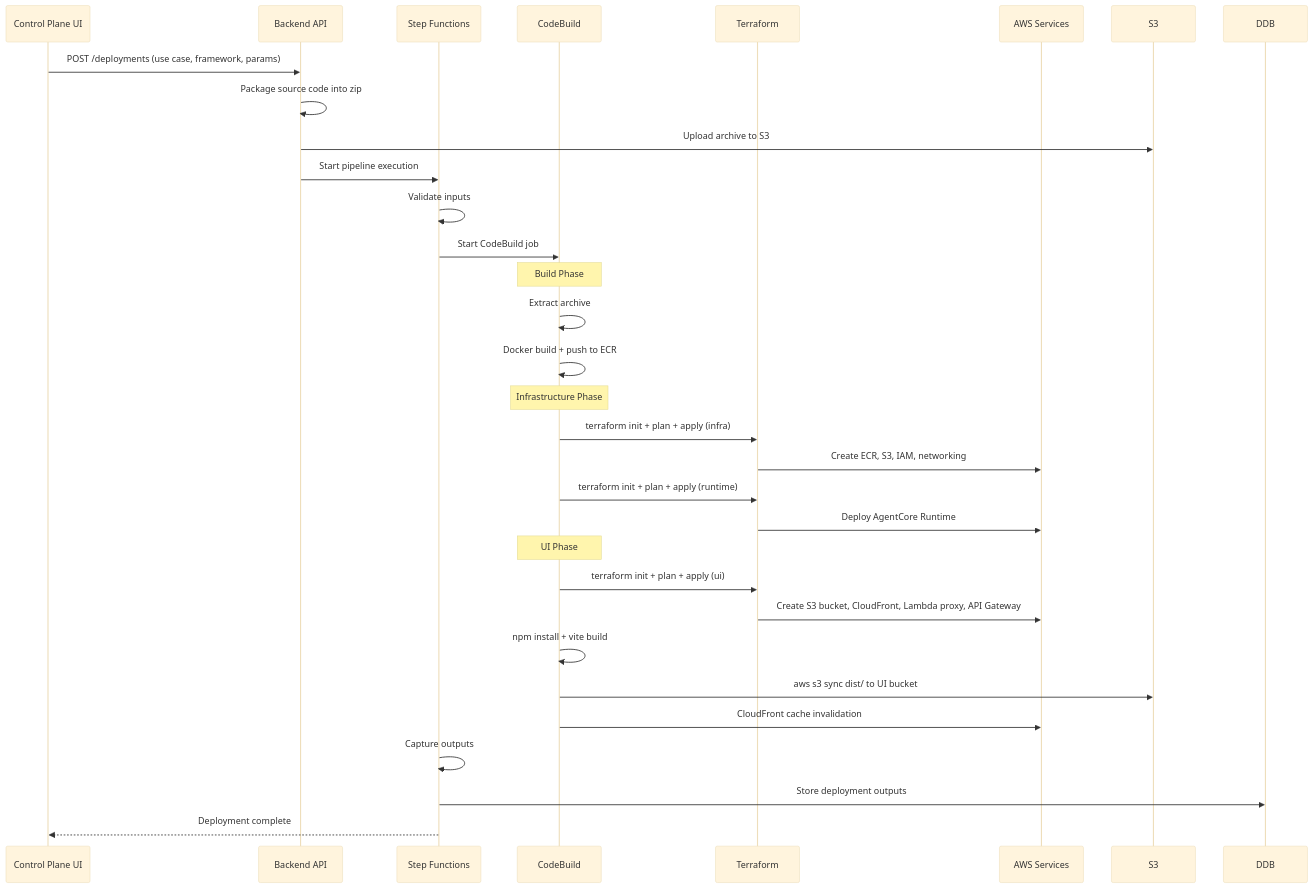
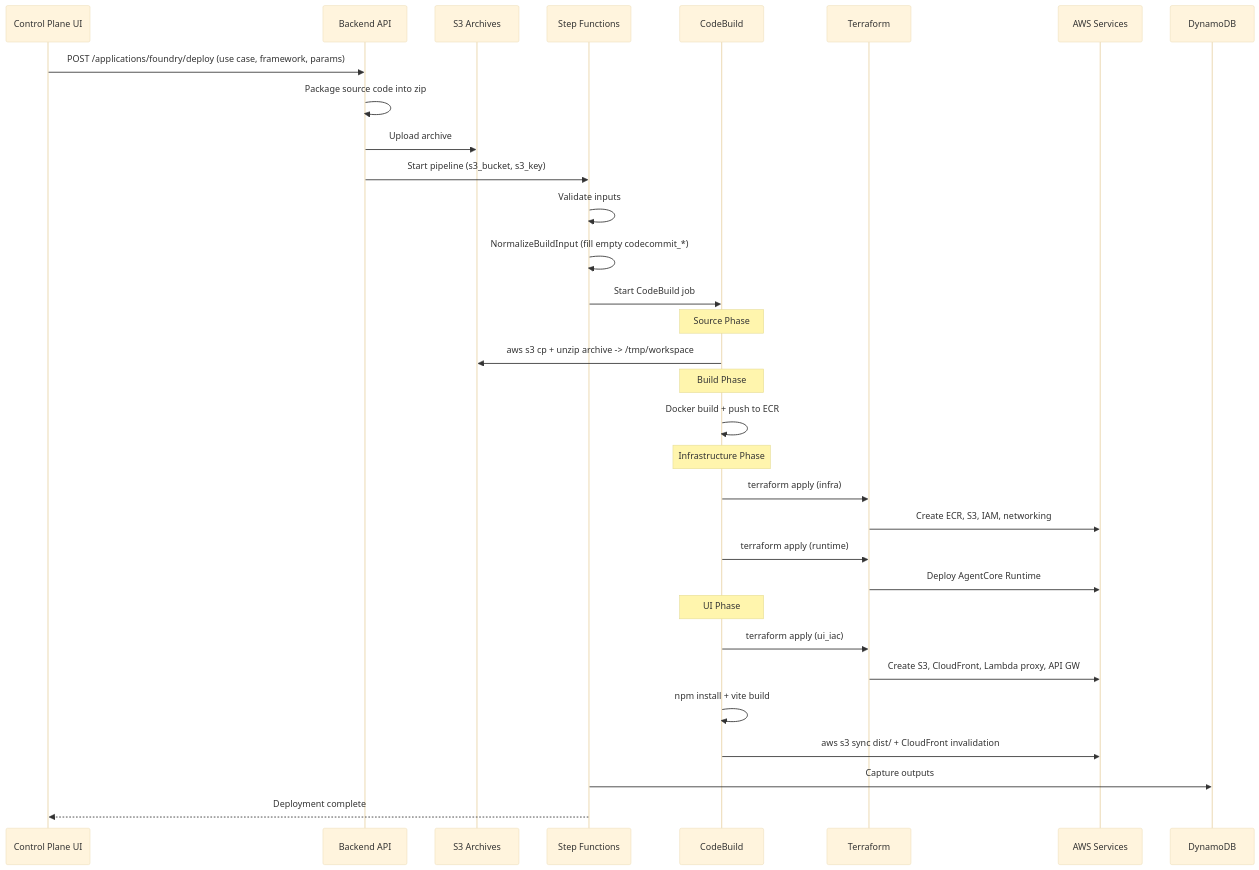
One commit to cevoaustralia/sample-agentic-value-accelerator changed the second of 5 diagrams in platform/docs/architecture/platform-architecture.md. Above: the diagram before and after it, drawn with Mermaid (base theme). The commit also changed other lines of this file and 12 other files, not shown here.

First line of the commit message:
docs: v2.0 READMEs, architecture docs, and project-wide gitignore

````diff
--- a/platform/docs/architecture/platform-architecture.md
+++ b/platform/docs/architecture/platform-architecture.md
@@ -88,39 +101,41 @@
 ```mermaid
 sequenceDiagram
     participant UI as Control Plane UI
     participant API as Backend API
+    participant S3 as S3 Archives
     participant SF as Step Functions
     participant CB as CodeBuild
     participant TF as Terraform
     participant AWS as AWS Services
+    participant DDB as DynamoDB
 
-    UI->>API: POST /deployments (use case, framework, params)
+    UI->>API: POST /applications/foundry/deploy (use case, framework, params)
     API->>API: Package source code into zip
-    API->>S3: Upload archive to S3
-    API->>SF: Start pipeline execution
-    
+    API->>S3: Upload archive
+    API->>SF: Start pipeline (s3_bucket, s3_key)
+
     SF->>SF: Validate inputs
+    SF->>SF: NormalizeBuildInput (fill empty codecommit_*)
     SF->>CB: Start CodeBuild job
-    
+
+    Note over CB: Source Phase
+    CB->>S3: aws s3 cp + unzip archive -> /tmp/workspace
+
     Note over CB: Build Phase
-    CB->>CB: Extract archive
     CB->>CB: Docker build + push to ECR
-    
+
     Note over CB: Infrastructure Phase
-    CB->>TF: terraform init + plan + apply (infra)
+    CB->>TF: terraform apply (infra)
     TF->>AWS: Create ECR, S3, IAM, networking
-    
-    CB->>TF: terraform init + plan + apply (runtime)
+    CB->>TF: terraform apply (runtime)
     TF->>AWS: Deploy AgentCore Runtime
-    
+
     Note over CB: UI Phase
-    CB->>TF: terraform init + plan + apply (ui)
-    TF->>AWS: Create S3 bucket, CloudFront, Lambda proxy, API Gateway
+    CB->>TF: terraform apply (ui_iac)
+    TF->>AWS: Create S3, CloudFront, Lambda proxy, API GW
     CB->>CB: npm install + vite build
-    CB->>S3: aws s3 sync dist/ to UI bucket
-    CB->>AWS: CloudFront cache invalidation
-    
-    SF->>SF: Capture outputs
-    SF->>DDB: Store deployment outputs
+    CB->>AWS: aws s3 sync dist/ + CloudFront invalidation
+
+    SF->>DDB: Capture outputs
     SF-->>UI: Deployment complete
 ```
````
